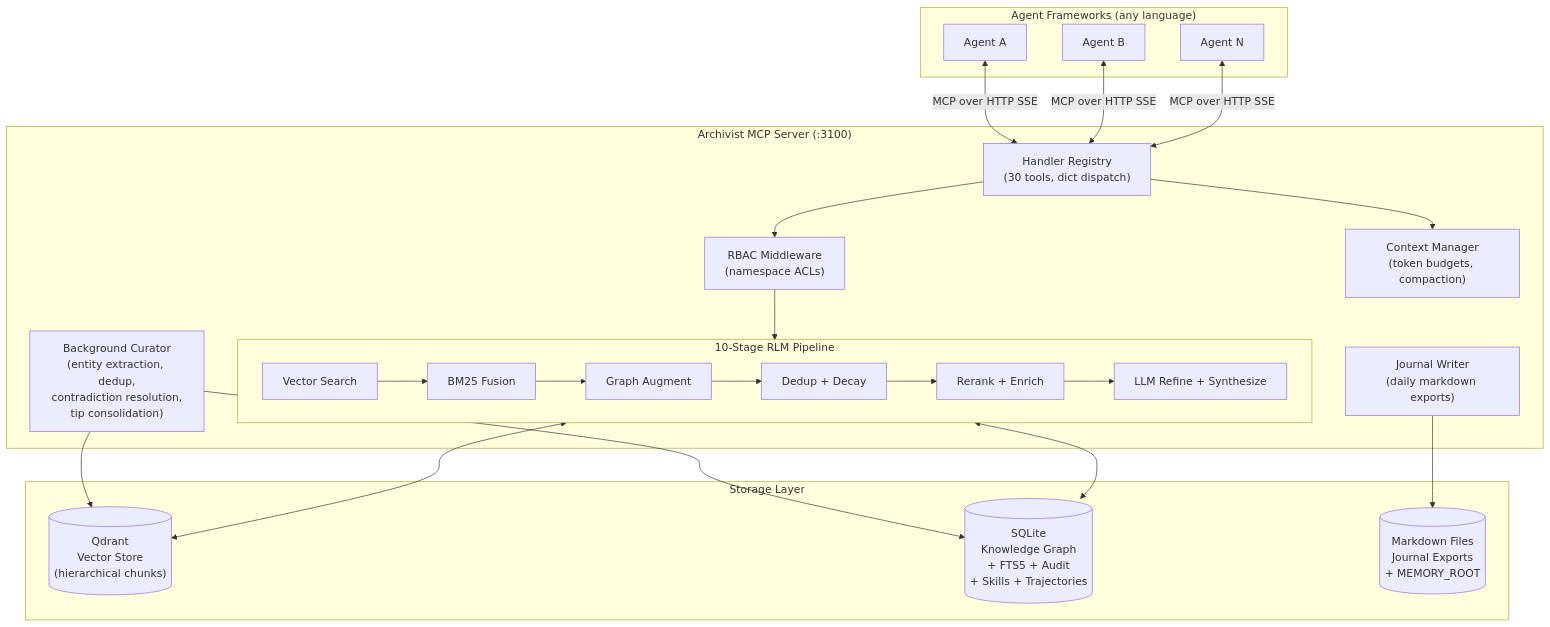
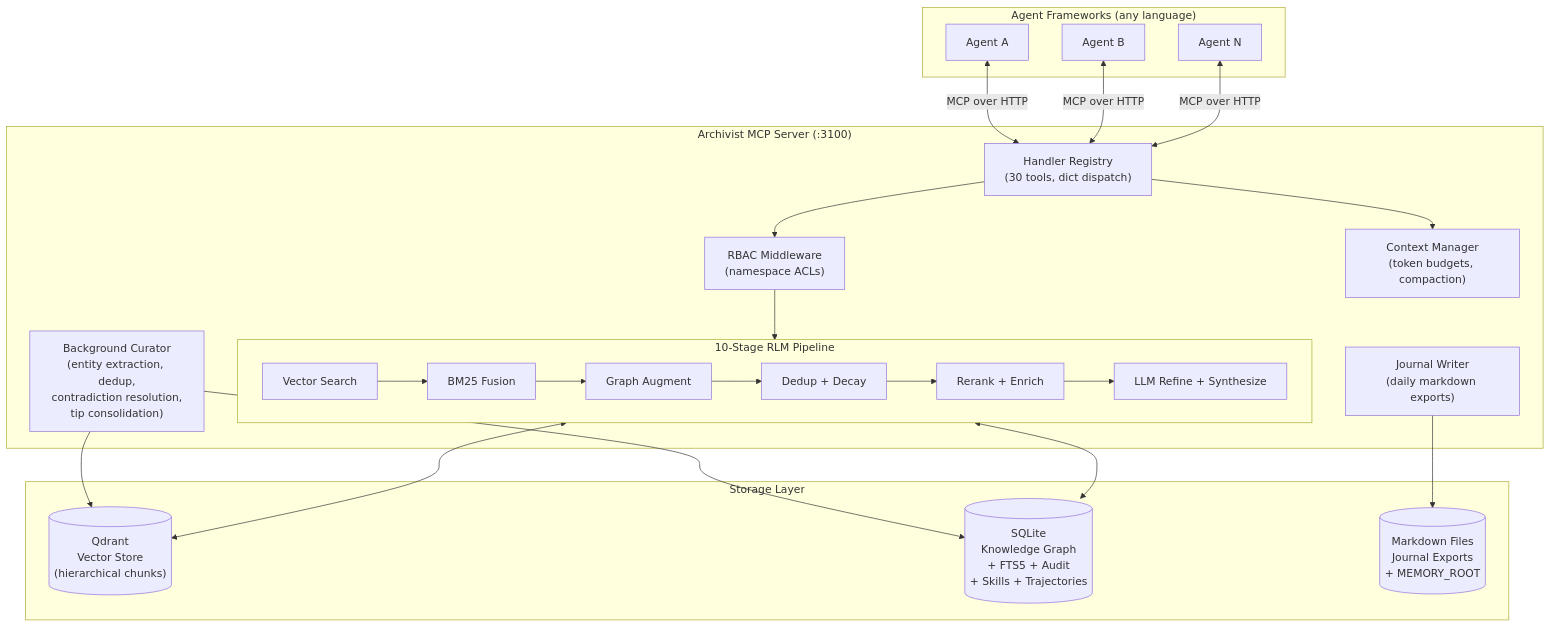
Before and after one commit to NetworkBuild3r/archivist-oss: the diagram in README.md, drawn with Mermaid. The commit also changed other lines of this file and 90 other files, not shown here.

````diff
--- a/README.md
+++ b/README.md
@@ -308,44 +361,44 @@
 ```mermaid
 graph TB
     subgraph Clients ["Agent Frameworks (any language)"]
         A1["Agent A"]
         A2["Agent B"]
         A3["Agent N"]
     end
 
     subgraph Archivist ["Archivist MCP Server (:3100)"]
         Router["Handler Registry<br/>(30 tools, dict dispatch)"]
         RBAC["RBAC Middleware<br/>(namespace ACLs)"]
 
         subgraph Pipeline ["10-Stage RLM Pipeline"]
             S1["Vector Search"]
             S2["BM25 Fusion"]
             S3["Graph Augment"]
             S4["Dedup + Decay"]
             S5["Rerank + Enrich"]
             S6["LLM Refine + Synthesize"]
             S1 --> S2 --> S3 --> S4 --> S5 --> S6
         end
 
         Curator["Background Curator<br/>(entity extraction, dedup,<br/>contradiction resolution,<br/>tip consolidation)"]
         Context["Context Manager<br/>(token budgets, compaction)"]
         Journal["Journal Writer<br/>(daily markdown exports)"]
 
         Router --> RBAC
         RBAC --> Pipeline
         Router --> Context
     end
 
     subgraph Storage ["Storage Layer"]
         Qdrant[("Qdrant<br/>Vector Store<br/>(hierarchical chunks)")]
         SQLite[("SQLite<br/>Knowledge Graph<br/>+ FTS5 + Audit<br/>+ Skills + Trajectories")]
         Files[("Markdown Files<br/>Journal Exports<br/>+ MEMORY_ROOT")]
     end
 
-    A1 & A2 & A3 <-->|"MCP over HTTP SSE"| Router
+    A1 & A2 & A3 <-->|"MCP over HTTP"| Router
     Pipeline <--> Qdrant
     Pipeline <--> SQLite
     Curator --> SQLite
     Curator --> Qdrant
     Journal --> Files
 ```
````
